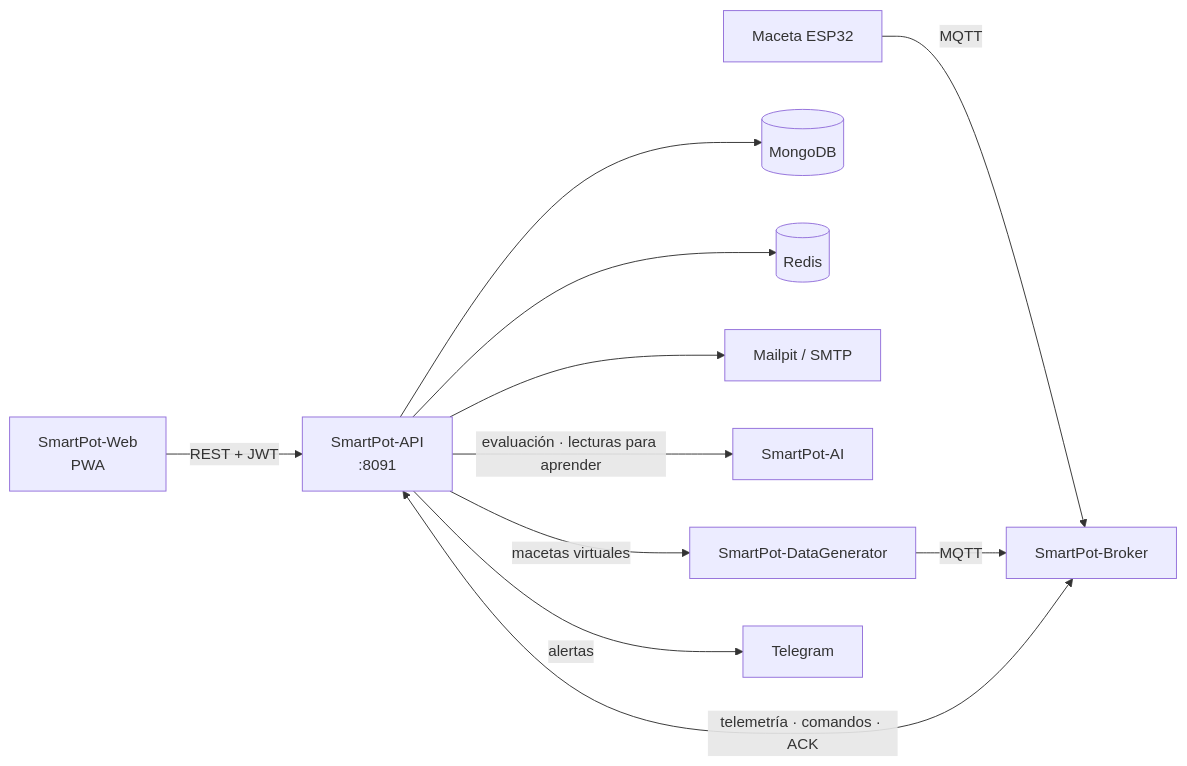
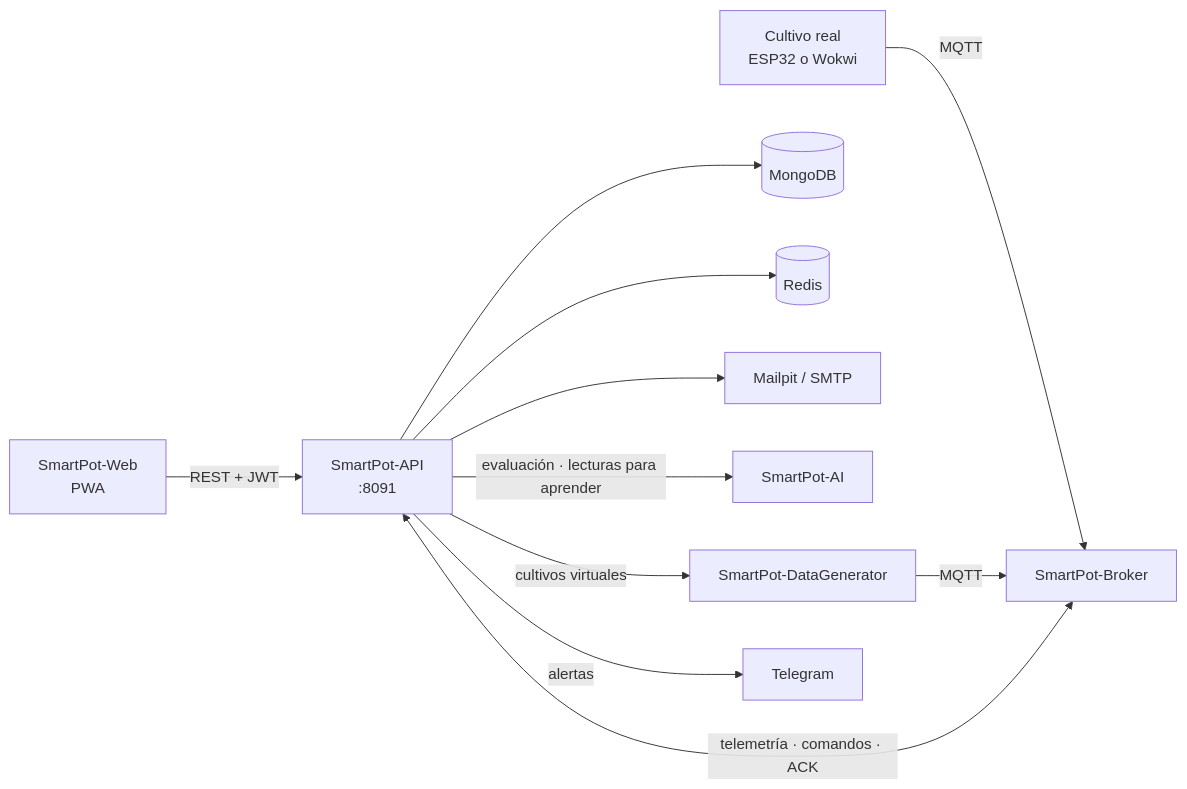
The diagram in README.md (SmartPotTech/SmartPot-API), drawn with Mermaid before and after one commit. The commit also changed other lines of this file, not shown here.

Commit message:
Document real and virtual crops and link the API documentation

````diff
--- a/README.md
+++ b/README.md
@@ -13,13 +13,13 @@
 ```mermaid
 flowchart LR
   web["SmartPot-Web<br/>PWA"] -->|"REST + JWT"| api["SmartPot-API<br/>:8091"]
-  maceta["Maceta ESP32"] -->|"MQTT"| broker["SmartPot-Broker"]
+  esp["Cultivo real<br/>ESP32 o Wokwi"] -->|"MQTT"| broker["SmartPot-Broker"]
   broker <-->|"telemetría · comandos · ACK"| api
   api --> db[("MongoDB")]
   api --> cache[("Redis")]
   api --> mail["Mailpit / SMTP"]
   api -->|"evaluación · lecturas para aprender"| ai["SmartPot-AI"]
-  api -->|"macetas virtuales"| sim["SmartPot-DataGenerator"]
+  api -->|"cultivos virtuales"| sim["SmartPot-DataGenerator"]
   sim -->|"MQTT"| broker
   api -->|"alertas"| tg["Telegram"]
 ```
````
